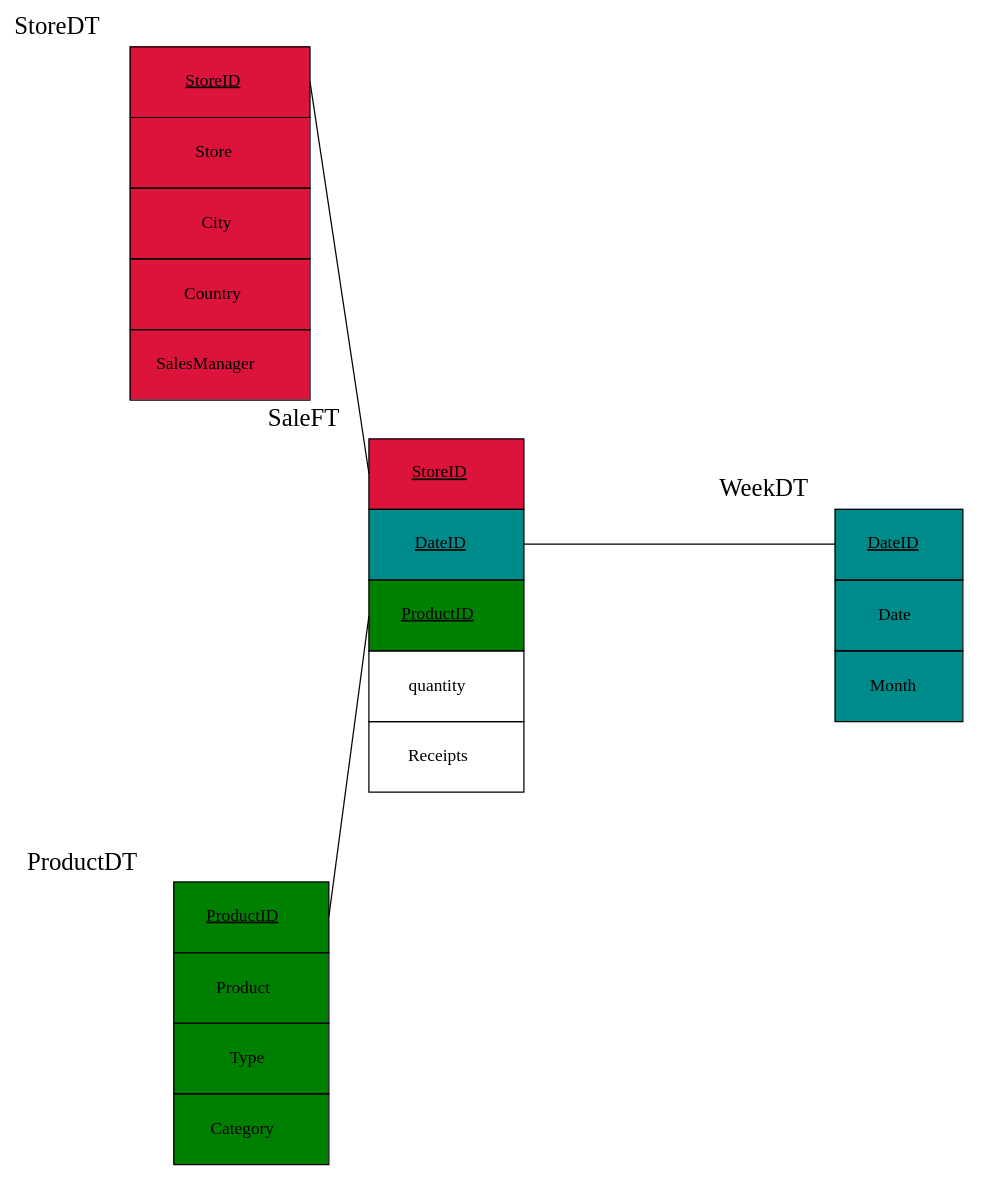
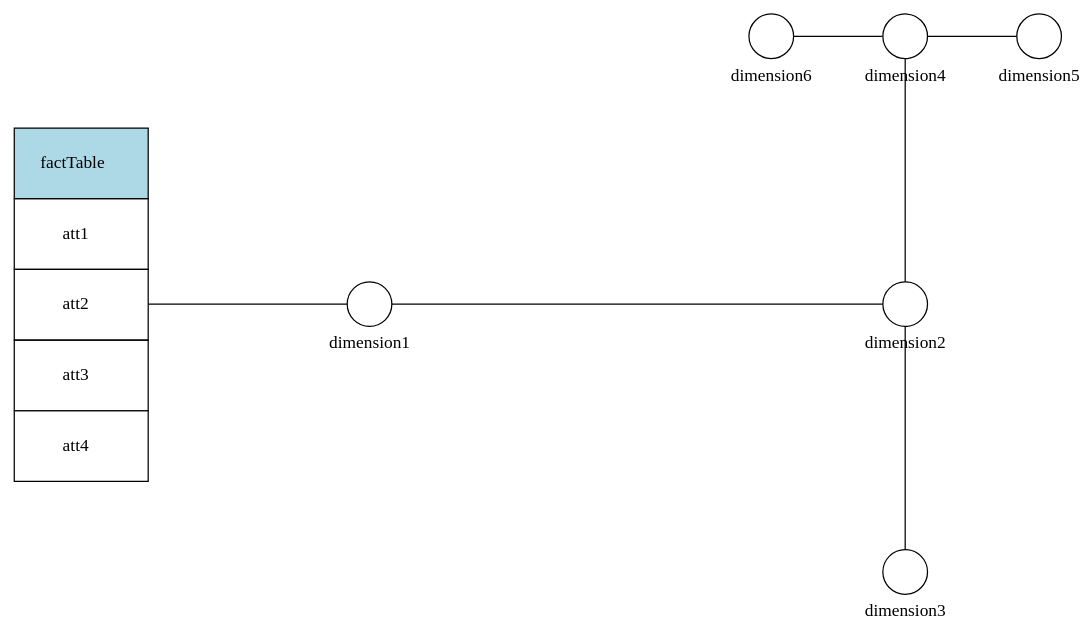
Before and after one commit to leonardogonfiantini/bubbly: the diagram in cmd/gen/dot.dot, drawn with Graphviz. The commit also changed 5 other files, not shown here.

```diff
--- a/cmd/gen/dot.dot
+++ b/cmd/gen/dot.dot
@@ -1,11 +1,41 @@
 digraph G {
 	layout="circo";
-	SaleFT:DateID->WeekDT:DateID[ arrowhead=none ];
-	SaleFT:StoreID->StoreDT:StoreID[ arrowhead=none ];
-	SaleFT:ProductID->ProductDT:ProductID[ arrowhead=none ];
-	ProductDT [ label=<<table border="0" bgcolor="green" cellborder="1" cellspacing="0" cellpadding="20"><tr> <td bgcolor="green" port="ProductID"> <u>ProductID</u> </td> </tr><tr> <td port="Product">Product</td> </tr><tr> <td port="Type">Type</td> </tr><tr> <td port="Category">Category</td> </tr></table>>, root=true, shape=plaintext, xlabel=<<font point-size="20">ProductDT</font>> ];
-	SaleFT [ label=<<table border="0" bgcolor="white" cellborder="1" cellspacing="0" cellpadding="20"><tr> <td bgcolor="crimson" port="StoreID"> <u>StoreID</u> </td> </tr><tr> <td bgcolor="darkcyan" port="DateID"> <u>DateID</u> </td> </tr><tr> <td bgcolor="green" port="ProductID"> <u>ProductID</u> </td> </tr><tr> <td port="quantity">quantity</td> </tr><tr> <td port="Receipts">Receipts</td> </tr></table>>, root=true, shape=plaintext, xlabel=<<font point-size="20">SaleFT</font>> ];
-	StoreDT [ label=<<table border="0" bgcolor="crimson" cellborder="1" cellspacing="0" cellpadding="20"><tr> <td bgcolor="crimson" port="StoreID"> <u>StoreID</u> </td> </tr><tr> <td port="Store">Store</td> </tr><tr> <td port="City">City</td> </tr><tr> <td port="Country">Country</td> </tr><tr> <td port="SalesManager">SalesManager</td> </tr></table>>, root=true, shape=plaintext, xlabel=<<font point-size="20">StoreDT</font>> ];
-	WeekDT [ label=<<table border="0" bgcolor="darkcyan" cellborder="1" cellspacing="0" cellpadding="20"><tr> <td bgcolor="darkcyan" port="DateID"> <u>DateID</u> </td> </tr><tr> <td port="Date">Date</td> </tr><tr> <td port="Month">Month</td> </tr></table>>, root=true, shape=plaintext, xlabel=<<font point-size="20">WeekDT</font>> ];
+	factTable->dimension1[ arrowhead=none ];
+	dimension1->dimension2[ arrowhead=none ];
+	dimension2->dimension3[ arrowhead=none ];
+	dimension2->dimension4[ arrowhead=none ];
+	dimension4->dimension5[ arrowhead=none ];
+	dimension4->dimension6[ arrowhead=none ];
+	dimension1 [ fixedsize=true, label="
+
+
+
+dimension1", shape=circle ];
+	dimension2 [ fixedsize=true, label="
+
+
+
+dimension2", shape=circle ];
+	dimension3 [ fixedsize=true, label="
+
+
+
+dimension3", shape=circle ];
+	dimension4 [ fixedsize=true, label="
+
+
+
+dimension4", shape=circle ];
+	dimension5 [ fixedsize=true, label="
+
+
+
+dimension5", shape=circle ];
+	dimension6 [ fixedsize=true, label="
+
+
+
+dimension6", shape=circle ];
+	factTable [ label=<<table border="0" cellborder="1" cellspacing="0" cellpadding="20"> <tr> <td bgcolor="lightblue">factTable</td> </tr><tr> <td>att1</td> </tr><tr> <td>att2</td> </tr><tr> <td>att3</td> </tr><tr> <td>att4</td> </tr></table>>, root=true, shape=plain ];
 
 }
```
